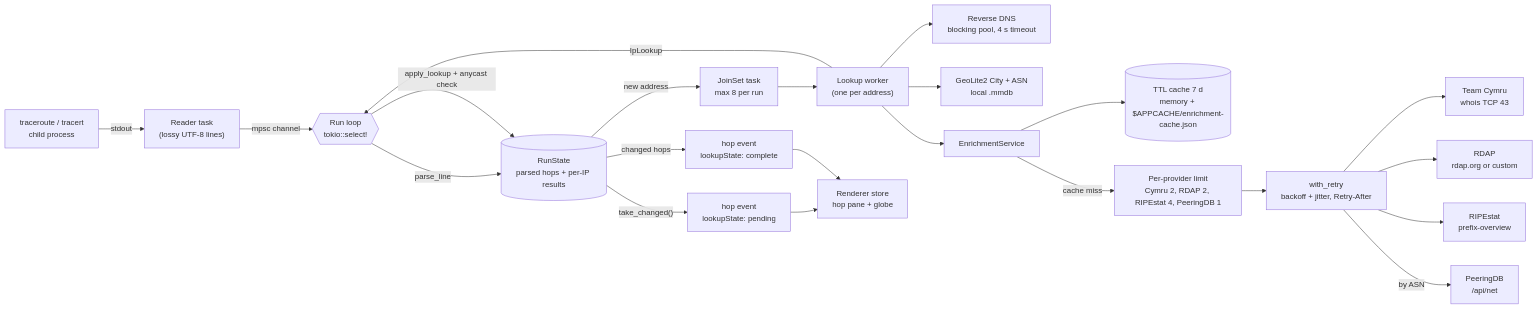
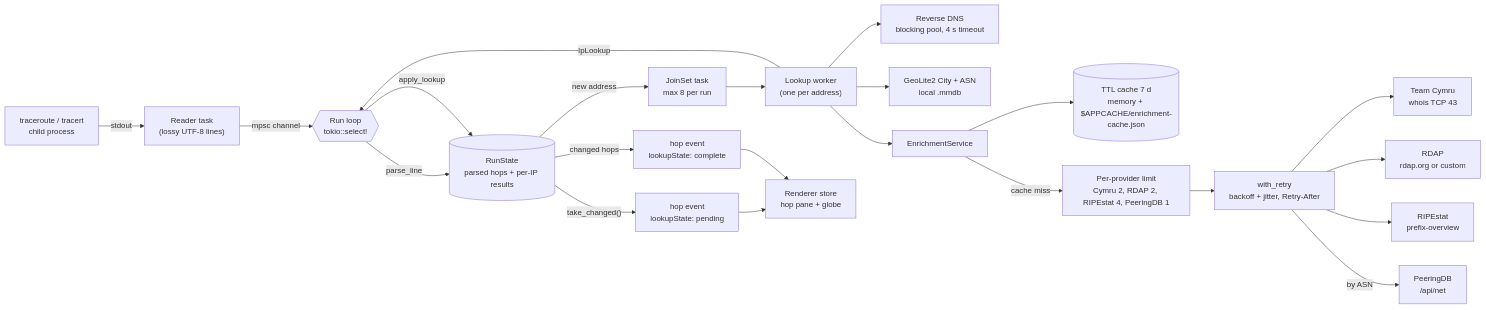
Before and after one commit to rush-skills/vistracer: the diagram in docs/architecture.md, drawn with Mermaid. The commit also changed other lines of this file and 11 other files, not shown here.

````diff
--- a/docs/architecture.md
+++ b/docs/architecture.md
@@ -14,24 +14,24 @@
 ```mermaid
 flowchart LR
     proc["traceroute / tracert<br/>child process"] -->|stdout| reader["Reader task<br/>(lossy UTF-8 lines)"]
     reader -->|mpsc channel| loop{{"Run loop<br/>tokio::select!"}}
     loop -->|parse_line| state[("RunState<br/>parsed hops + per-IP results")]
     state -->|"take_changed()"| early["hop event<br/>lookupState: pending"]
     state -->|new address| spawn["JoinSet task<br/>max 8 per run"]
     spawn --> worker["Lookup worker<br/>(one per address)"]
     worker --> dns["Reverse DNS<br/>blocking pool, 4 s timeout"]
     worker --> geolite["GeoLite2 City + ASN<br/>local .mmdb"]
     worker --> enrich["EnrichmentService"]
     enrich --> cache[("TTL cache 7 d<br/>memory + $APPCACHE/enrichment-cache.json")]
     enrich -->|cache miss| limit["Per-provider limit<br/>Cymru 2, RDAP 2, RIPEstat 4, PeeringDB 1"]
     limit --> retry["with_retry<br/>backoff + jitter, Retry-After"]
     retry --> cymru["Team Cymru<br/>whois TCP 43"]
     retry --> rdap["RDAP<br/>rdap.org or custom"]
     retry --> ripe["RIPEstat<br/>prefix-overview"]
     retry -->|by ASN| pdb["PeeringDB<br/>/api/net"]
     worker -->|IpLookup| loop
-    loop -->|"apply_lookup + anycast check"| state
+    loop -->|apply_lookup| state
     state -->|changed hops| late["hop event<br/>lookupState: complete"]
     early --> ui["Renderer store<br/>hop pane + globe"]
     late --> ui
 ```
````
